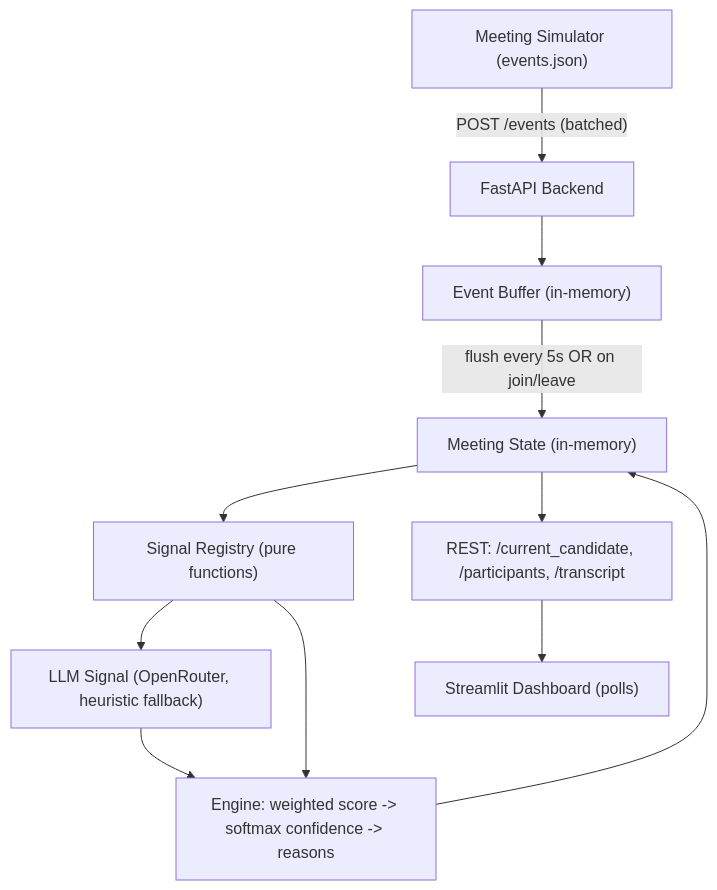
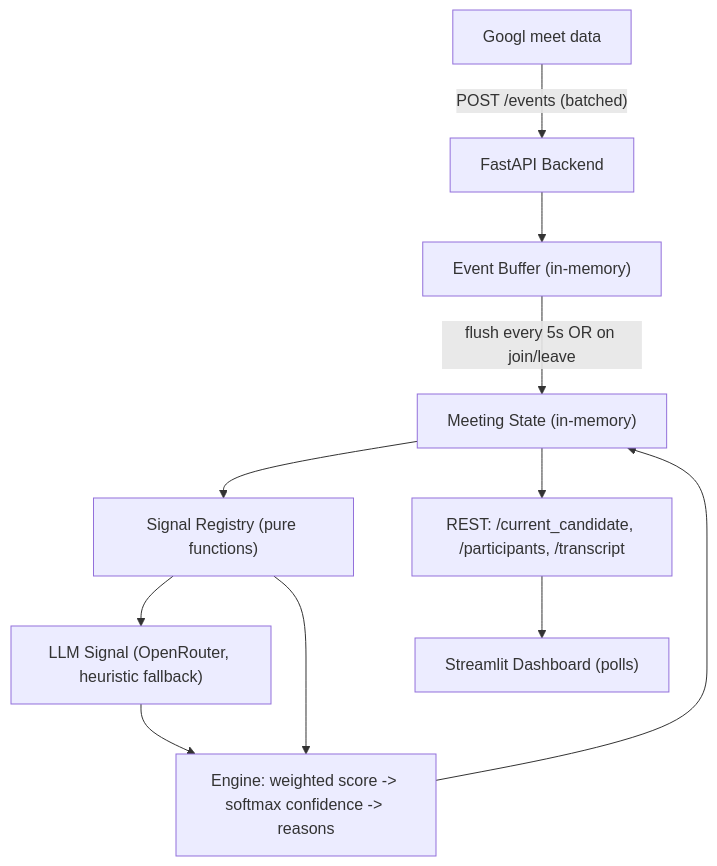
The diagram in README.md (Kunal152000/sherlock_candidate_detector), drawn with Mermaid before and after one commit.

Commit message:
changes in readme

````diff
--- a/README.md
+++ b/README.md
@@ -23,13 +23,13 @@
 ```mermaid
 flowchart TD
-    sim["Meeting Simulator (events.json)"] -->|"POST /events (batched)"| api["FastAPI Backend"]
+    sim["Googl meet data"] -->|"POST /events (batched)"| api["FastAPI Backend"]
     api --> buf["Event Buffer (in-memory)"]
     buf -->|"flush every 5s OR on join/leave"| state["Meeting State (in-memory)"]
     state --> sig["Signal Registry (pure functions)"]
     sig --> llm["LLM Signal (OpenRouter, heuristic fallback)"]
     llm --> eng["Engine: weighted score -> softmax confidence -> reasons"]
     sig --> eng
     eng --> state
     state --> rest["REST: /current_candidate, /participants, /transcript"]
     rest --> dash["Streamlit Dashboard (polls)"]
 ```
````
